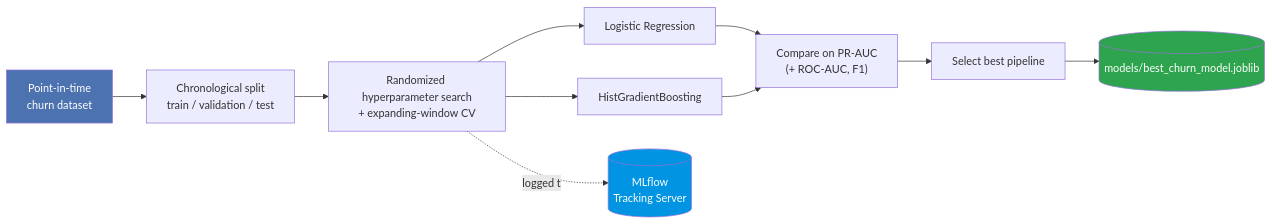
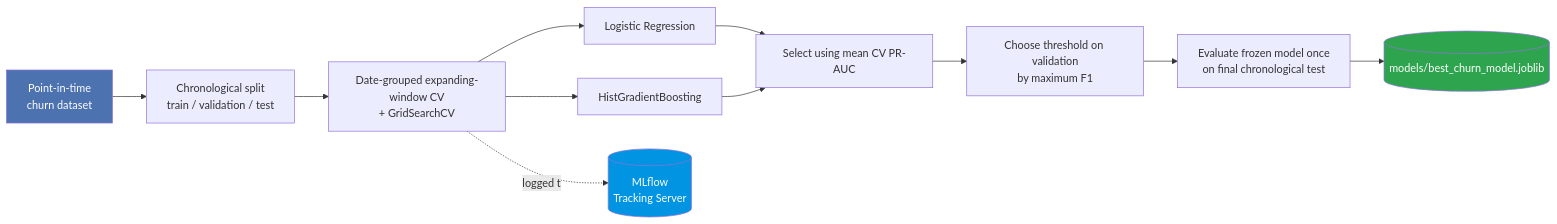
One commit to Harshithpatali/brazilian-ecommerce-data-science changed the third of 3 diagrams in README.md. Above: the diagram before and after it, drawn with Mermaid. The commit also changed other lines of this file, not shown here.

Commit message:
Clarify date-grouped churn evaluation in README

````diff
--- a/README.md
+++ b/README.md
@@ -266,16 +266,17 @@
 ```mermaid
 flowchart LR
     A["Point-in-time<br/>churn dataset"] --> B["Chronological split<br/>train / validation / test"]
-    B --> C["Randomized hyperparameter search<br/>+ expanding-window CV"]
+    B --> C["Date-grouped expanding-window CV<br/>+ GridSearchCV"]
     C --> D1[Logistic Regression]
     C --> D3[HistGradientBoosting]
-    D1 --> E["Compare on PR-AUC<br/>(+ ROC-AUC, F1)"]
+    D1 --> E["Select using mean CV PR-AUC"]
     D3 --> E
-    E --> F["Select best pipeline"]
-    F --> G[("models/best_churn_model.joblib")]
+    E --> V["Choose threshold on validation<br/>by maximum F1"]
+    V --> T["Evaluate frozen model once<br/>on final chronological test"]
+    T --> G[("models/best_churn_model.joblib")]
     C -.logged to.-> M[("MLflow<br/>Tracking Server")]
 
     style A fill:#4c72b0,color:#fff
     style G fill:#2ea44f,color:#fff
     style M fill:#0194E2,color:#fff
 ```
````
